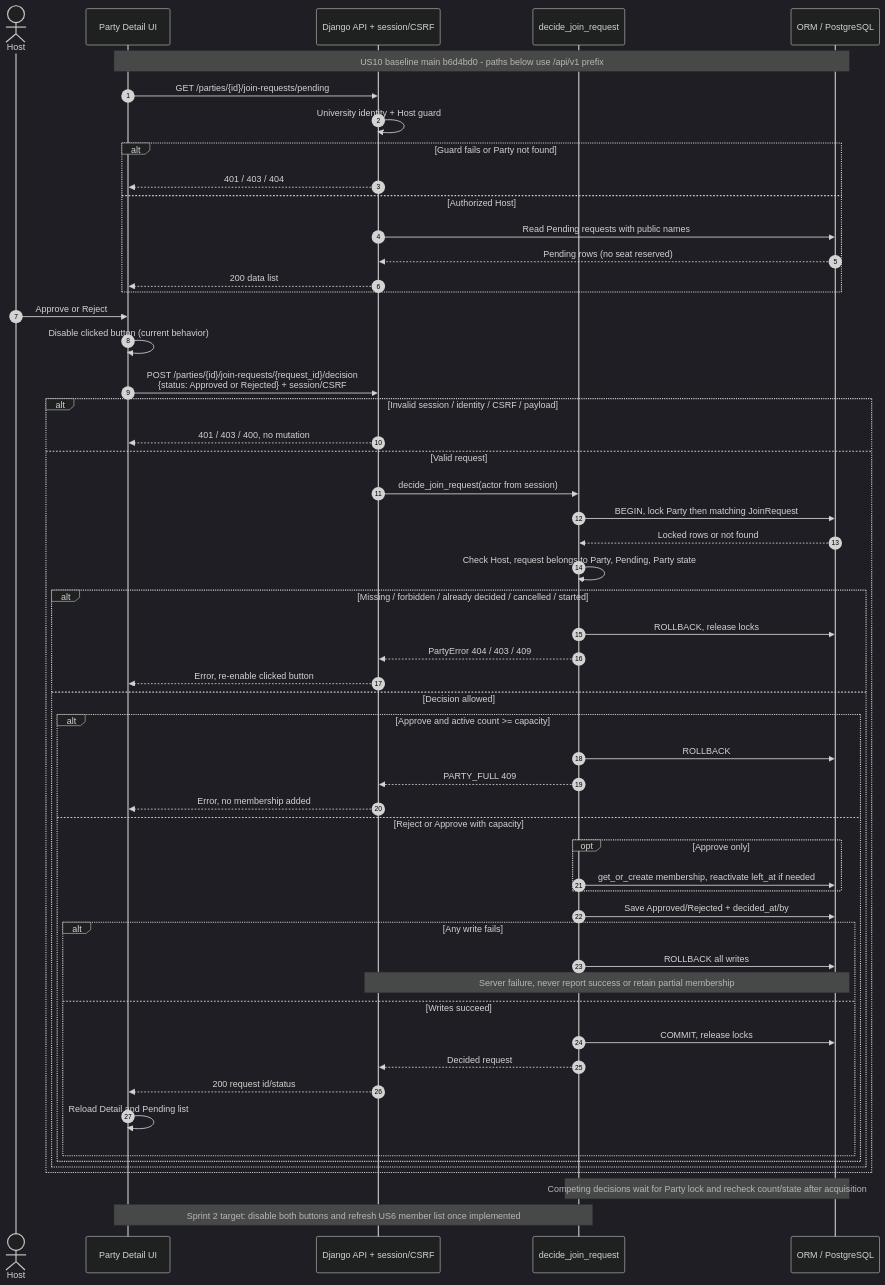
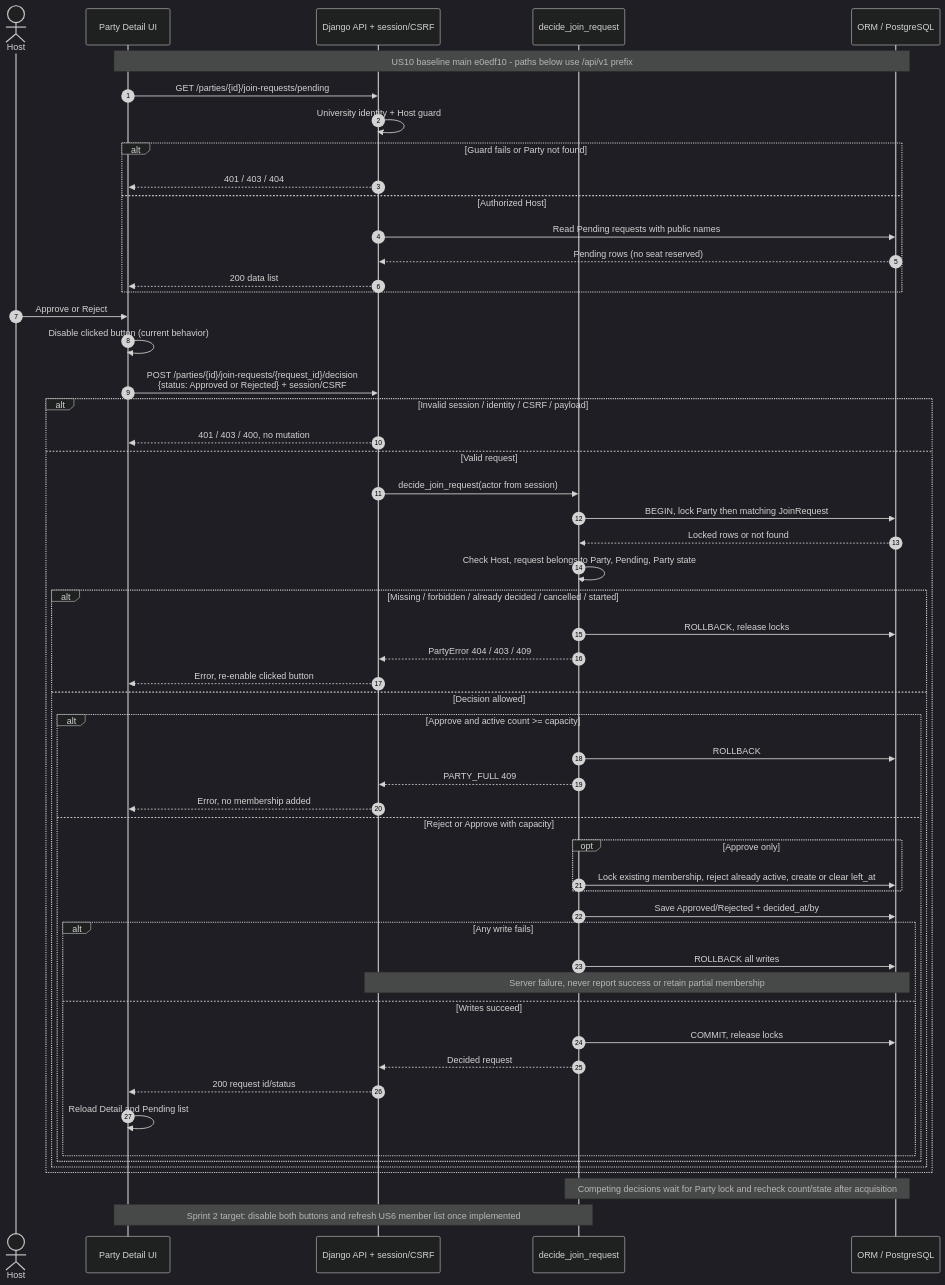
The diagram in docs/sprint-2-sequences/us10.mmd (GearJP2/cs261-group2-100001), drawn with Mermaid (dark theme) before and after one commit. The commit also changed 57 other files, not shown here.

Commit message:
docs: document as-built system diagrams and reconcile sequences

```diff
--- a/docs/sprint-2-sequences/us10.mmd
+++ b/docs/sprint-2-sequences/us10.mmd
@@ -1,55 +1,55 @@
 sequenceDiagram
     autonumber
     actor H as Host
     participant UI as Party Detail UI
     participant API as Django API + session/CSRF
     participant S as decide_join_request
     participant DB as ORM / PostgreSQL
-    Note over UI,DB: US10 baseline main b6d4bd0 - paths below use /api/v1 prefix
+    Note over UI,DB: US10 baseline main e0edf10 - paths below use /api/v1 prefix
     UI->>API: GET /parties/{id}/join-requests/pending
     API->>API: University identity + Host guard
     alt Guard fails or Party not found
         API-->>UI: 401 / 403 / 404
     else Authorized Host
         API->>DB: Read Pending requests with public names
         DB-->>API: Pending rows (no seat reserved)
         API-->>UI: 200 data list
     end
     H->>UI: Approve or Reject
     UI->>UI: Disable clicked button (current behavior)
     UI->>API: POST /parties/{id}/join-requests/{request_id}/decision<br/>{status: Approved or Rejected} + session/CSRF
     alt Invalid session / identity / CSRF / payload
         API-->>UI: 401 / 403 / 400, no mutation
     else Valid request
         API->>S: decide_join_request(actor from session)
         S->>DB: BEGIN, lock Party then matching JoinRequest
         DB-->>S: Locked rows or not found
         S->>S: Check Host, request belongs to Party, Pending, Party state
         alt Missing / forbidden / already decided / cancelled / started
             S->>DB: ROLLBACK, release locks
             S-->>API: PartyError 404 / 403 / 409
             API-->>UI: Error, re-enable clicked button
         else Decision allowed
             alt Approve and active count >= capacity
                 S->>DB: ROLLBACK
                 S-->>API: PARTY_FULL 409
                 API-->>UI: Error, no membership added
             else Reject or Approve with capacity
                 opt Approve only
-                    S->>DB: get_or_create membership, reactivate left_at if needed
+                    S->>DB: Lock existing membership, reject already active, create or clear left_at
                 end
                 S->>DB: Save Approved/Rejected + decided_at/by
                 alt Any write fails
                     S->>DB: ROLLBACK all writes
                     Note over API,DB: Server failure, never report success or retain partial membership
                 else Writes succeed
                     S->>DB: COMMIT, release locks
                     S-->>API: Decided request
                     API-->>UI: 200 request id/status
                     UI->>UI: Reload Detail and Pending list
                 end
             end
         end
     end
     Note over S,DB: Competing decisions wait for Party lock and recheck count/state after acquisition
     Note over UI,S: Sprint 2 target: disable both buttons and refresh US6 member list once implemented
```
